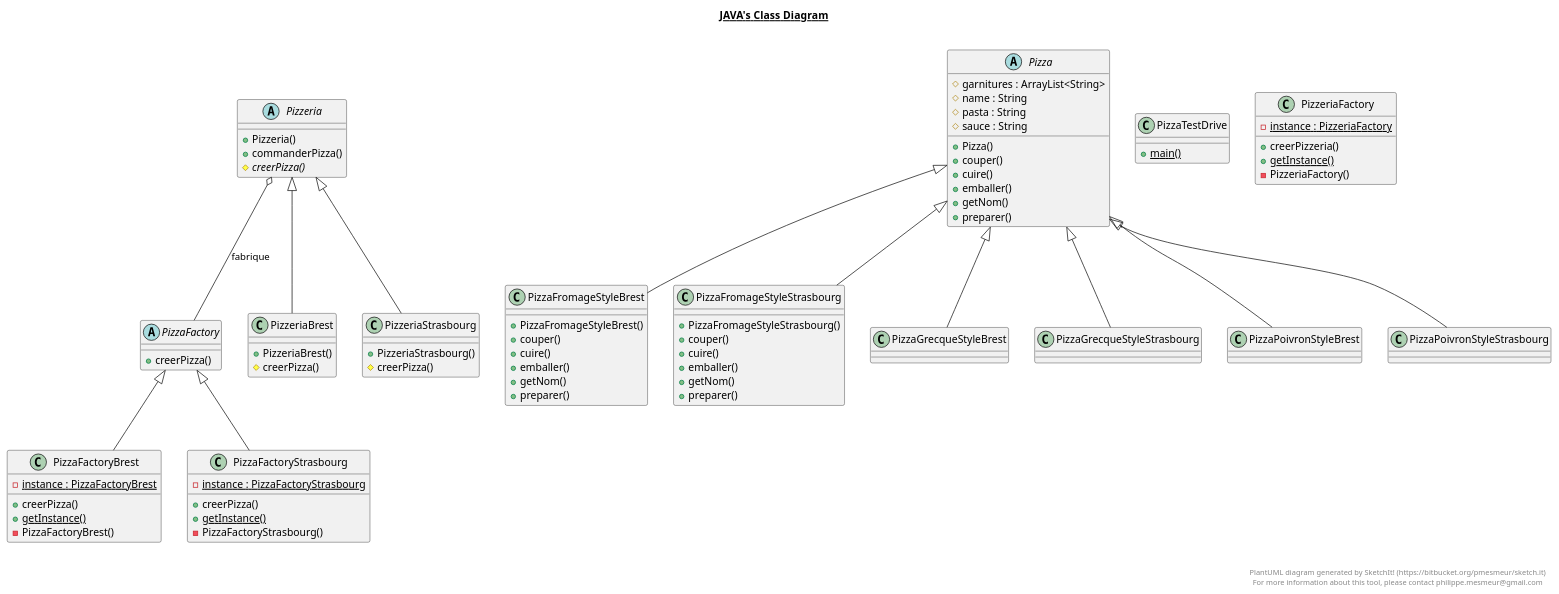
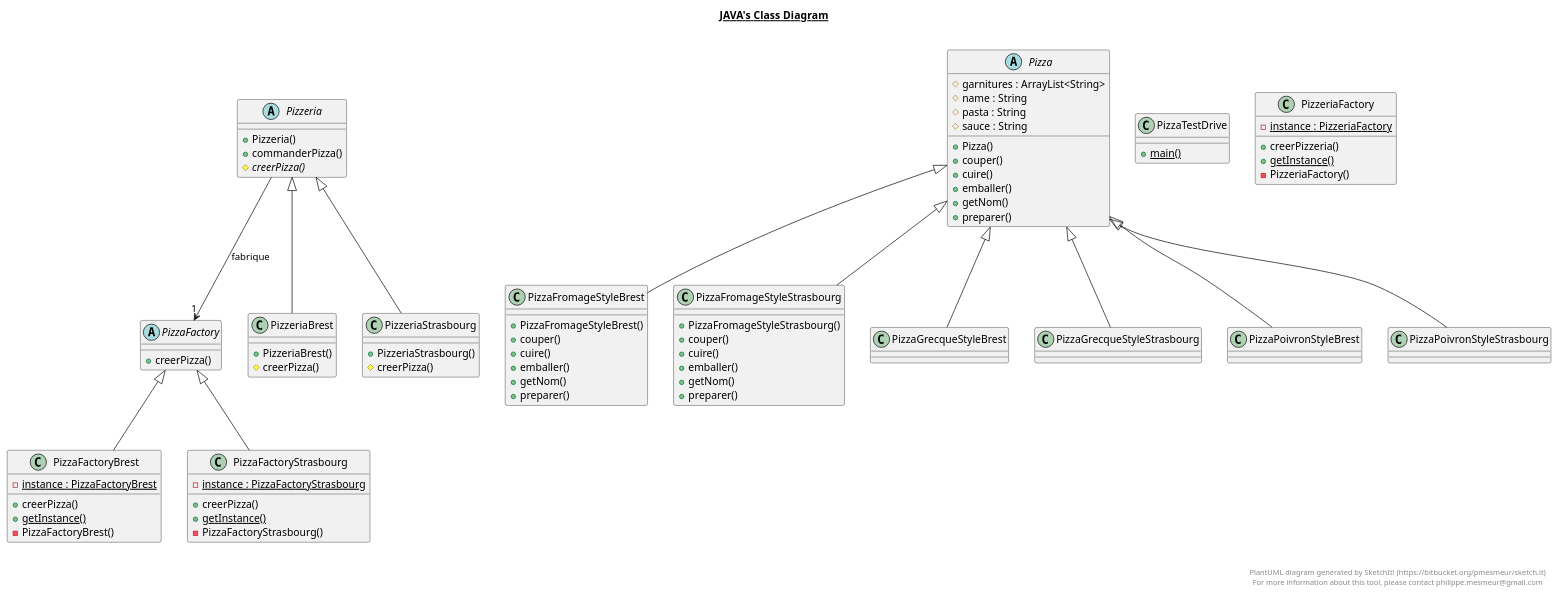
The diagram in docs/TP3.plantuml (IUT-Blagnac/cpoa-tp3-NeoBlueIsReal), drawn with PlantUML before and after one commit. The commit also changed 1 other file, not shown here.

Commit message:
update uml

```diff
--- a/docs/TP3.plantuml
+++ b/docs/TP3.plantuml
@@ -1,155 +1,155 @@
 @startuml
 
 title __JAVA's Class Diagram__\n
 
 
     abstract class Pizza {
         # garnitures : ArrayList<String>
         # name : String
         # pasta : String
         # sauce : String
         + Pizza()
         + couper()
         + cuire()
         + emballer()
         + getNom()
         + preparer()
     }
 
   
 
     abstract class PizzaFactory {
         + creerPizza()
     }
 
   
 
 
     class PizzaFactoryBrest {
         {static} - instance : PizzaFactoryBrest
         + creerPizza()
         {static} + getInstance()
         - PizzaFactoryBrest()
     }
 
   
 
 
     class PizzaFactoryStrasbourg {
         {static} - instance : PizzaFactoryStrasbourg
         + creerPizza()
         {static} + getInstance()
         - PizzaFactoryStrasbourg()
     }
 
   
 
 
     class PizzaFromageStyleBrest {
         + PizzaFromageStyleBrest()
         + couper()
         + cuire()
         + emballer()
         + getNom()
         + preparer()
 
   }
   
 
     class PizzaFromageStyleStrasbourg {
         + PizzaFromageStyleStrasbourg()
         + couper()
         + cuire()
         + emballer()
         + getNom()
         + preparer()
     }
 
   
 
 
     class PizzaGrecqueStyleBrest {
     }
 
   
 
 
     class PizzaGrecqueStyleStrasbourg {
     }
 
   
 
 
     class PizzaPoivronStyleBrest {
 
   }
   
 
     class PizzaPoivronStyleStrasbourg {
     }
 
   
 
 
     class PizzaTestDrive {
         {static} + main()
 
   }
   
 
 
     abstract class Pizzeria {
         + Pizzeria()
         + commanderPizza()
         {abstract} # creerPizza()
 
   }
   
 
 
     class PizzeriaBrest {
         + PizzeriaBrest()
         # creerPizza()
 
   }
   
 
 
     class PizzeriaFactory {
         {static} - instance : PizzeriaFactory
         + creerPizzeria()
         {static} + getInstance()
         - PizzeriaFactory()
 
   }
   
 
 
     class PizzeriaStrasbourg {
         + PizzeriaStrasbourg()
         # creerPizza()
 
   }
   
 
   PizzaFactoryBrest -up-|> PizzaFactory
   PizzaFactoryStrasbourg -up-|> PizzaFactory
   PizzaFromageStyleBrest -up-|> Pizza
   PizzaFromageStyleStrasbourg -up-|> Pizza
   PizzaGrecqueStyleBrest -up-|> Pizza
   PizzaGrecqueStyleStrasbourg -up-|> Pizza
   PizzaPoivronStyleBrest -up-|> Pizza
   PizzaPoivronStyleStrasbourg -up-|> Pizza
-  Pizzeria o-- PizzaFactory : fabrique
+  Pizzeria -->"1" PizzaFactory : fabrique
   PizzeriaBrest -up-|> Pizzeria
   PizzeriaStrasbourg -up-|> Pizzeria
 
 
 right footer
 
 
 PlantUML diagram generated by SketchIt! (https://bitbucket.org/pmesmeur/sketch.it)
 For more information about this tool, please contact philippe.mesmeur@gmail.com
 endfooter
 
 @enduml
```
